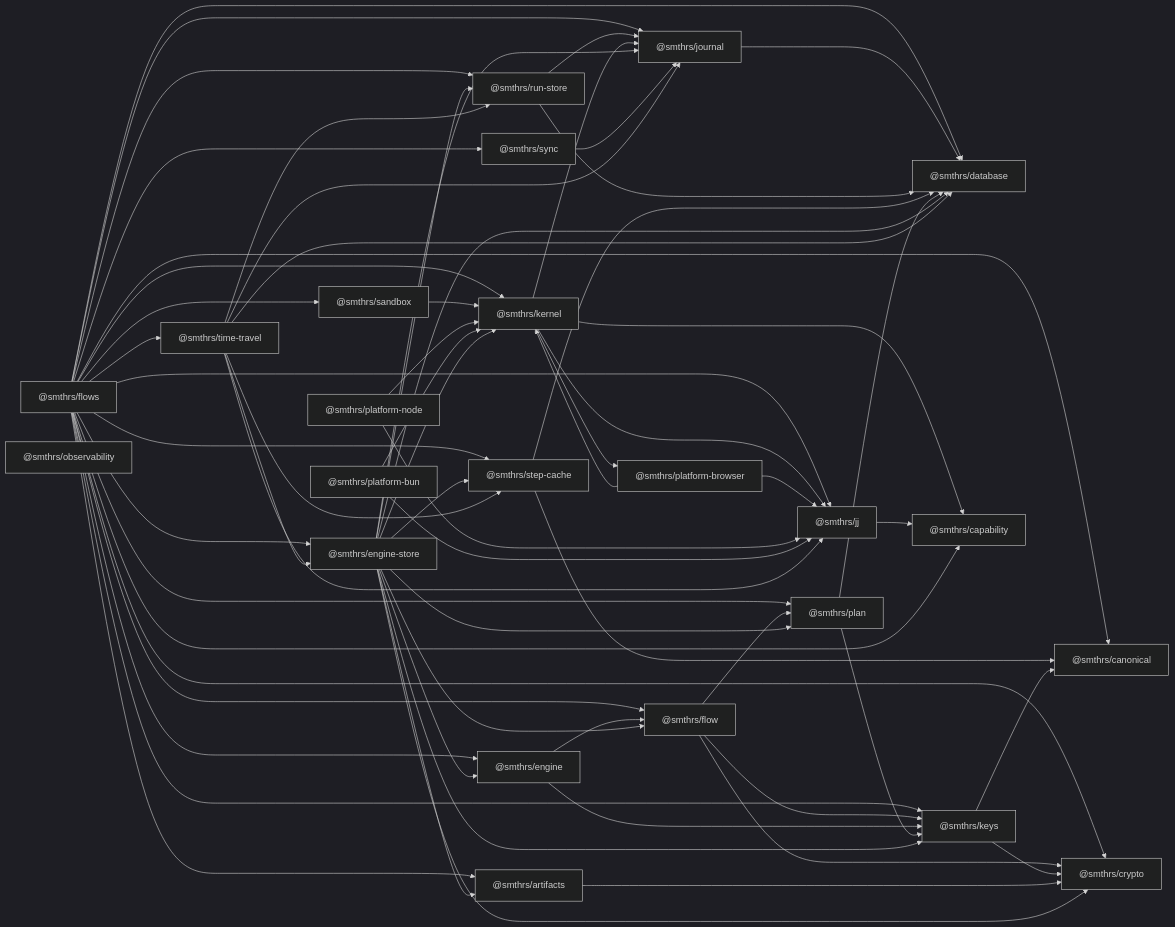
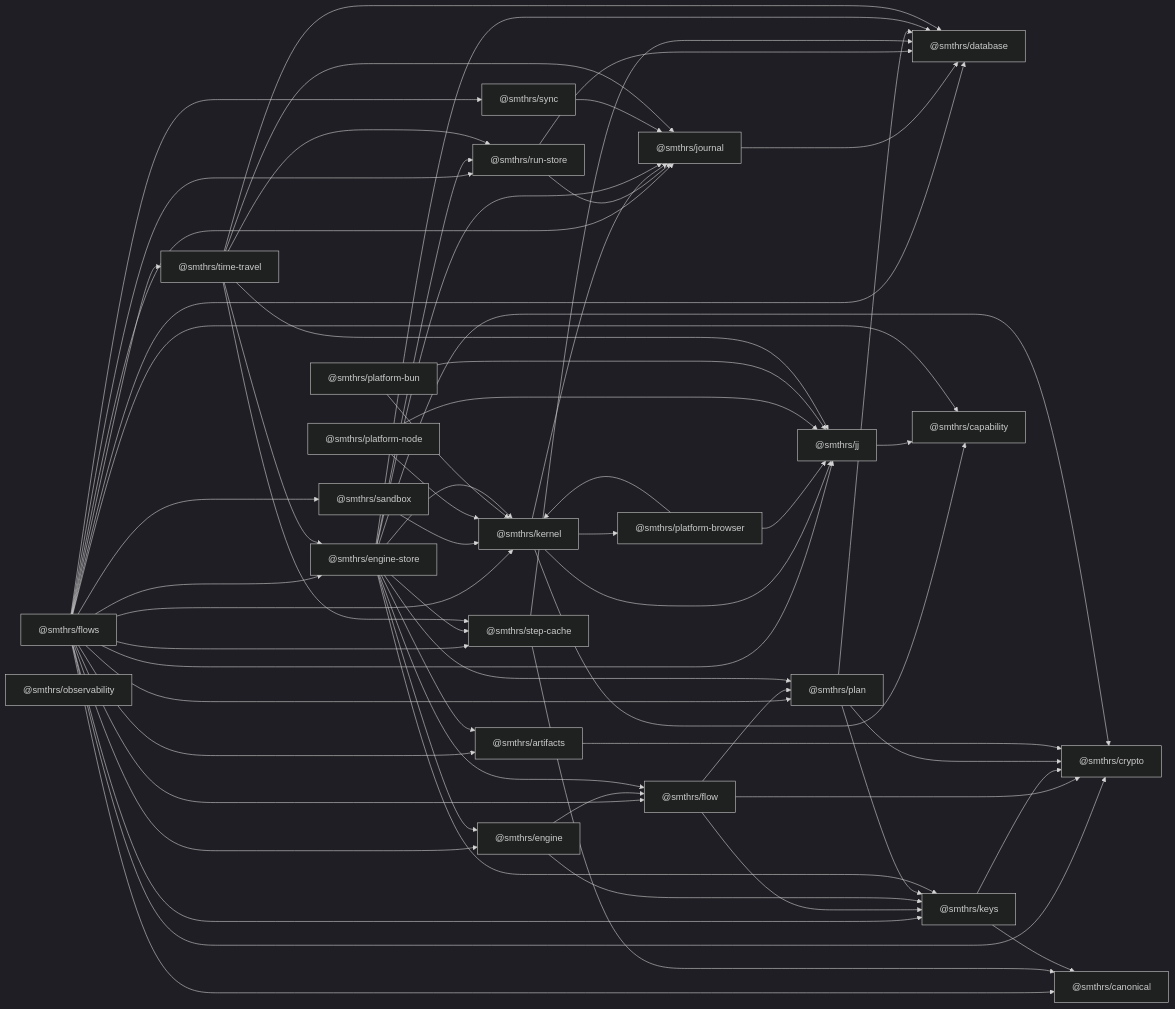
Before and after one commit to codeplaneapp/smithers: the diagram in docs/pages/package-structure.mdx, drawn with Mermaid (dark theme). The commit also changed other lines of this file and 131 other files, not shown here.

```diff
--- a/docs/pages/package-structure.mdx
+++ b/docs/pages/package-structure.mdx
@@ -132,6 +132,7 @@
   KEYS --> CRYPTO
   PLAN --> DB
   PLAN --> KEYS
+  PLAN --> CRYPTO
   ART --> CRYPTO
   ES --> FLOW
   ES --> ENGINE
```
